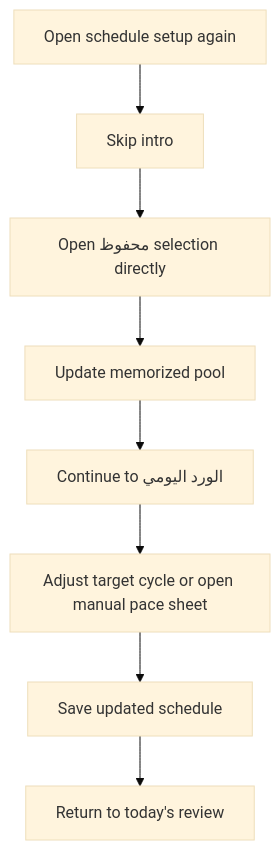
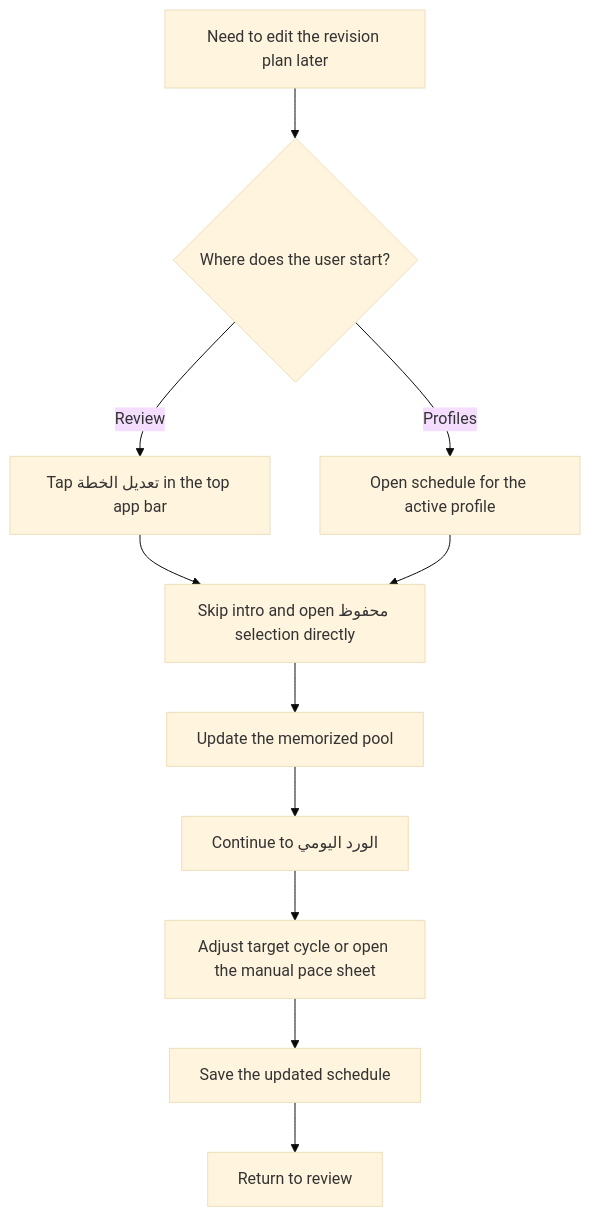
One commit to mahdihijazi/tathbeet changed the diagram in docs/user-flows/reopening-schedule-setup-later.md. Above: the diagram before and after it, drawn with Mermaid (base theme). The commit also changed 6 other files, not shown here.

First line of the commit message:
Update flow diagrams and README

````diff
--- a/docs/user-flows/reopening-schedule-setup-later.md
+++ b/docs/user-flows/reopening-schedule-setup-later.md
@@ -3,10 +3,13 @@
 ```mermaid
 flowchart TD
-    A["Open schedule setup again"] --> B["Skip intro"]
-    B --> C["Open محفوظ selection directly"]
-    C --> D["Update memorized pool"]
-    D --> E["Continue to الورد اليومي"]
-    E --> F["Adjust target cycle or open manual pace sheet"]
-    F --> G["Save updated schedule"]
-    G --> H["Return to today's review"]
+    A["Need to edit the revision plan later"] --> B{"Where does the user start?"}
+    B -- "Review" --> C["Tap تعديل الخطة in the top app bar"]
+    B -- "Profiles" --> D["Open schedule for the active profile"]
+    C --> E["Skip intro and open محفوظ selection directly"]
+    D --> E
+    E --> F["Update the memorized pool"]
+    F --> G["Continue to الورد اليومي"]
+    G --> H["Adjust target cycle or open the manual pace sheet"]
+    H --> I["Save the updated schedule"]
+    I --> J["Return to review"]
 ```
````
